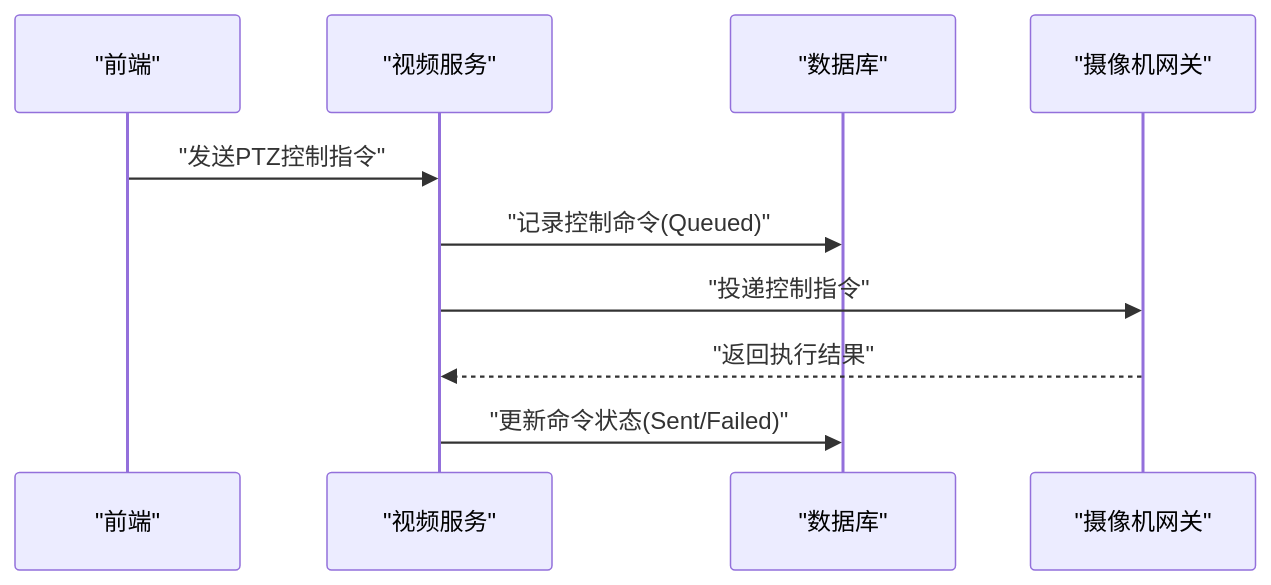
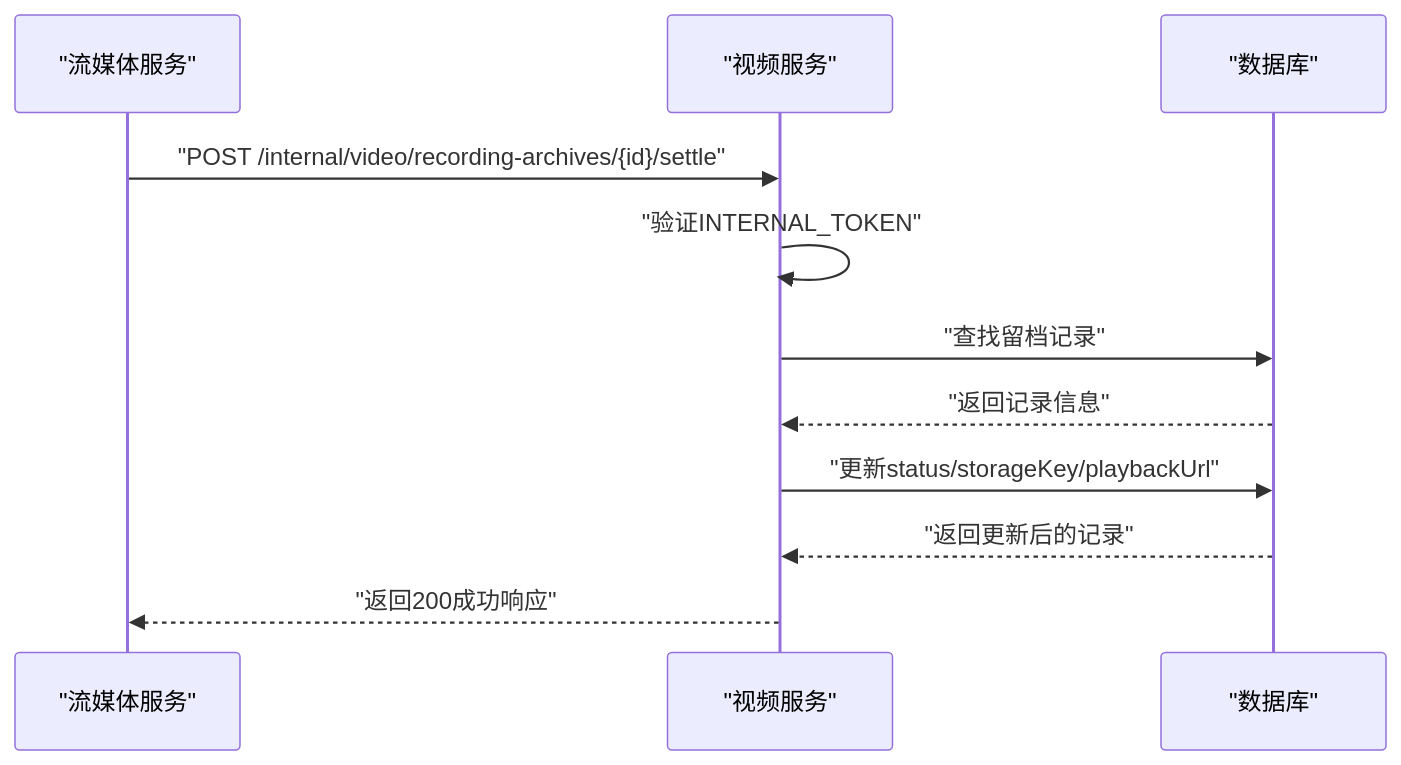
Before and after one commit to q446328246/agri-platform: diagram 36 of 41 in .qoder/repowiki/zh/content/核心服务文档/其他业务服务.md, drawn with Mermaid. The commit also changed other lines of this file and 5 other files, not shown here.

````diff
--- a/.qoder/repowiki/zh/content/核心服务文档/其他业务服务.md
+++ b/.qoder/repowiki/zh/content/核心服务文档/其他业务服务.md
@@ -883,12 +921,13 @@
 ```mermaid
 sequenceDiagram
-participant UI as "前端"
+participant STREAMING as "流媒体服务"
 participant VID as "视频服务"
 participant DB as "数据库"
-participant GATEWAY as "摄像机网关"
-UI->>VID : "发送PTZ控制指令"
-VID->>DB : "记录控制命令(Queued)"
-VID->>GATEWAY : "投递控制指令"
-GATEWAY-->>VID : "返回执行结果"
-VID->>DB : "更新命令状态(Sent/Failed)"
+STREAMING->>VID : "POST /internal/video/recording-archives/{id}/settle"
+VID->>VID : "验证INTERNAL_TOKEN"
+VID->>DB : "查找留档记录"
+DB-->>VID : "返回记录信息"
+VID->>DB : "更新status/storageKey/playbackUrl"
+DB-->>VID : "返回更新后的记录"
+VID-->>STREAMING : "返回200成功响应"
 ```
````
